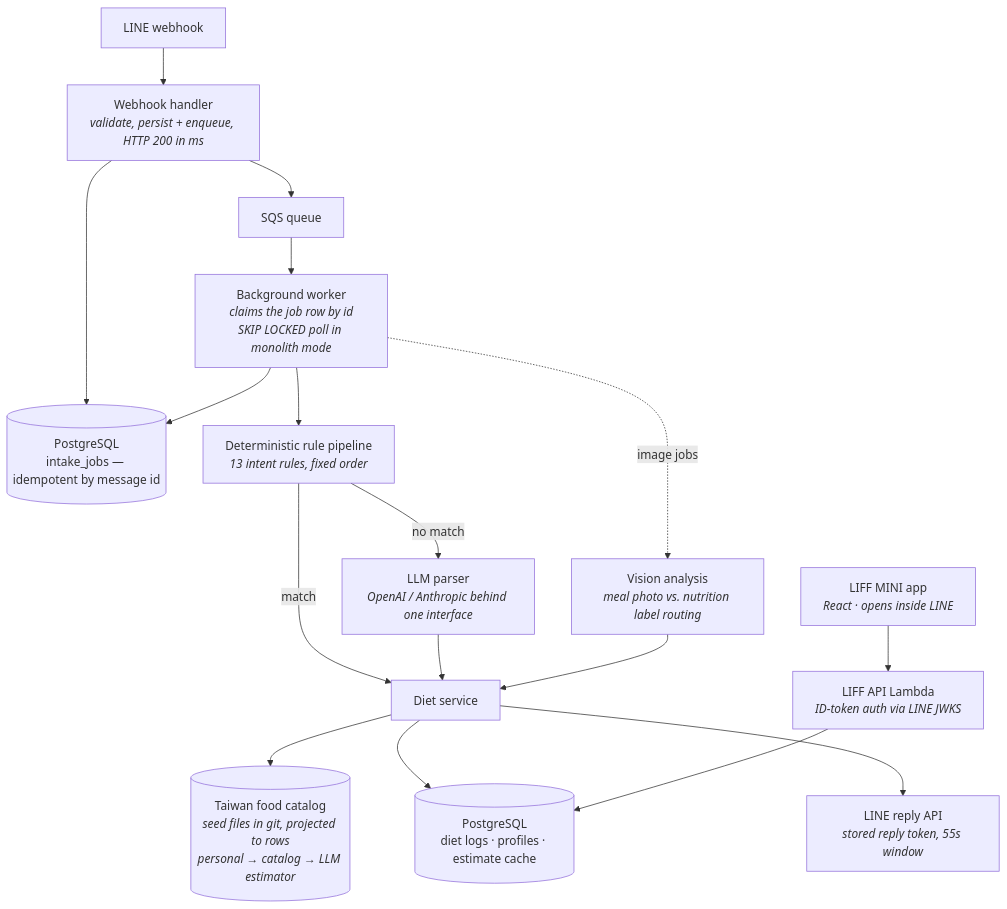
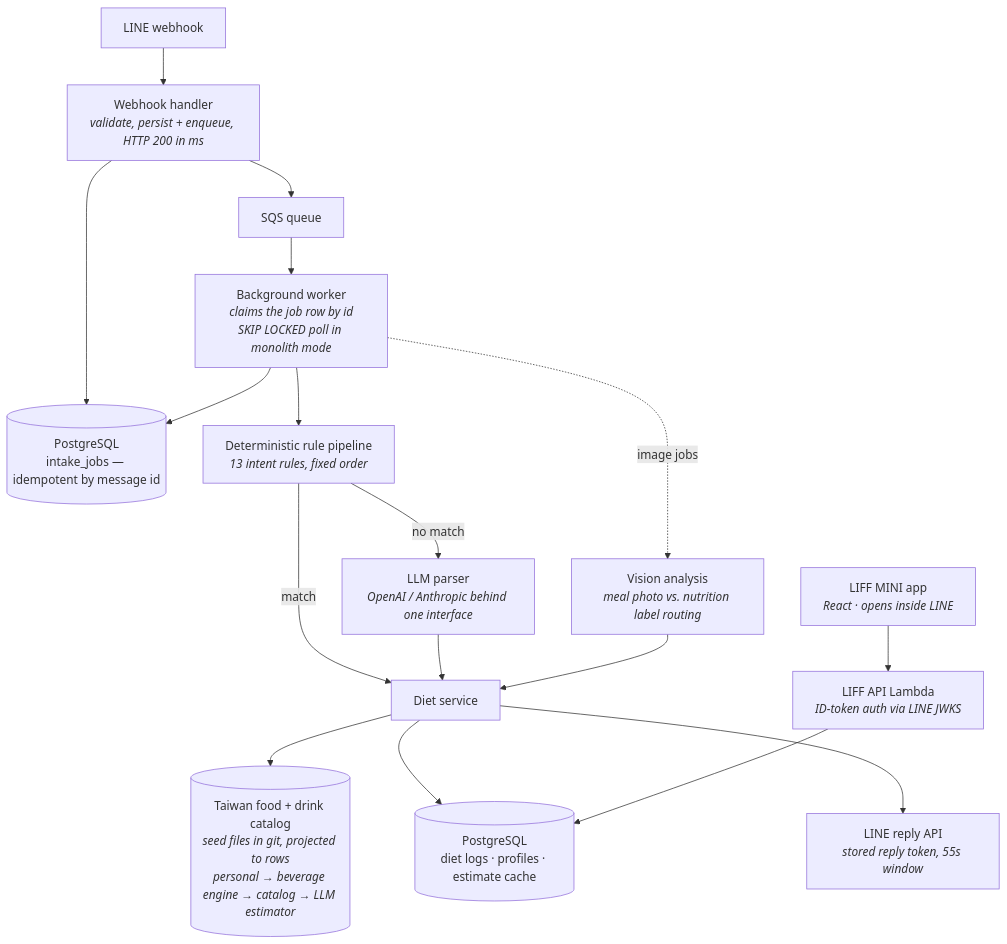
Before and after one commit to jeffery12697/fitneko-case-study: the diagram in README.md, drawn with Mermaid. The commit also changed other lines of this file and 2 other files, not shown here.

Commit message:
Devlog: phase 20c hand-shaken drink catalog

````diff
--- a/README.md
+++ b/README.md
@@ -27,19 +28,19 @@
 ```mermaid
 flowchart TD
     LINE[LINE webhook] --> WH[Webhook handler<br/><i>validate, persist + enqueue, HTTP 200 in ms</i>]
     WH --> DB[(PostgreSQL<br/>intake_jobs — idempotent by message id)]
     WH --> Q[SQS queue]
     Q --> W[Background worker<br/><i>claims the job row by id<br/>SKIP LOCKED poll in monolith mode</i>]
     W --> DB
     W --> RP[Deterministic rule pipeline<br/><i>13 intent rules, fixed order</i>]
     RP -->|no match| LLM[LLM parser<br/><i>OpenAI / Anthropic behind one interface</i>]
     RP -->|match| SVC[Diet service]
     LLM --> SVC
-    SVC --> CAT[(Taiwan food catalog<br/><i>seed files in git, projected to rows<br/>personal → catalog → LLM estimator</i>)]
+    SVC --> CAT[(Taiwan food + drink catalog<br/><i>seed files in git, projected to rows<br/>personal → beverage engine → catalog → LLM estimator</i>)]
     SVC --> PG[(PostgreSQL<br/>diet logs · profiles · estimate cache)]
     SVC --> REPLY[LINE reply API<br/><i>stored reply token, 55s window</i>]
     W -.->|image jobs| VIS[Vision analysis<br/><i>meal photo vs. nutrition label routing</i>]
     VIS --> SVC
     LIFF[LIFF MINI app<br/><i>React · opens inside LINE</i>] --> API[LIFF API Lambda<br/><i>ID-token auth via LINE JWKS</i>]
     API --> PG
 ```
````
